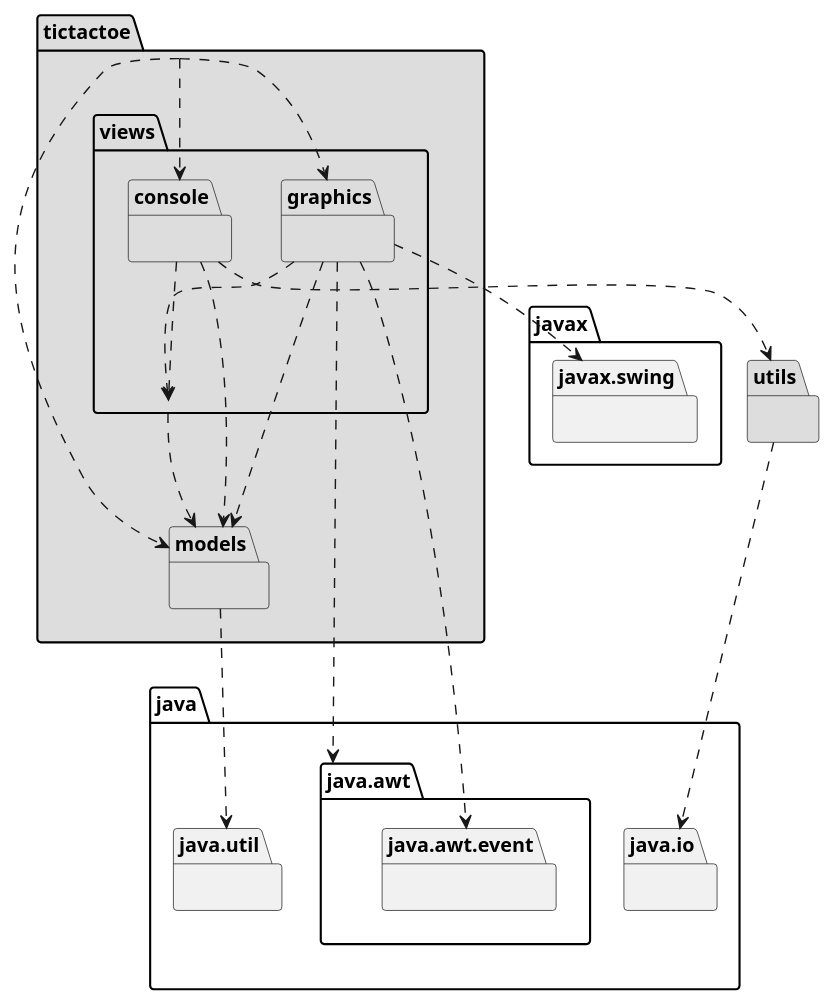
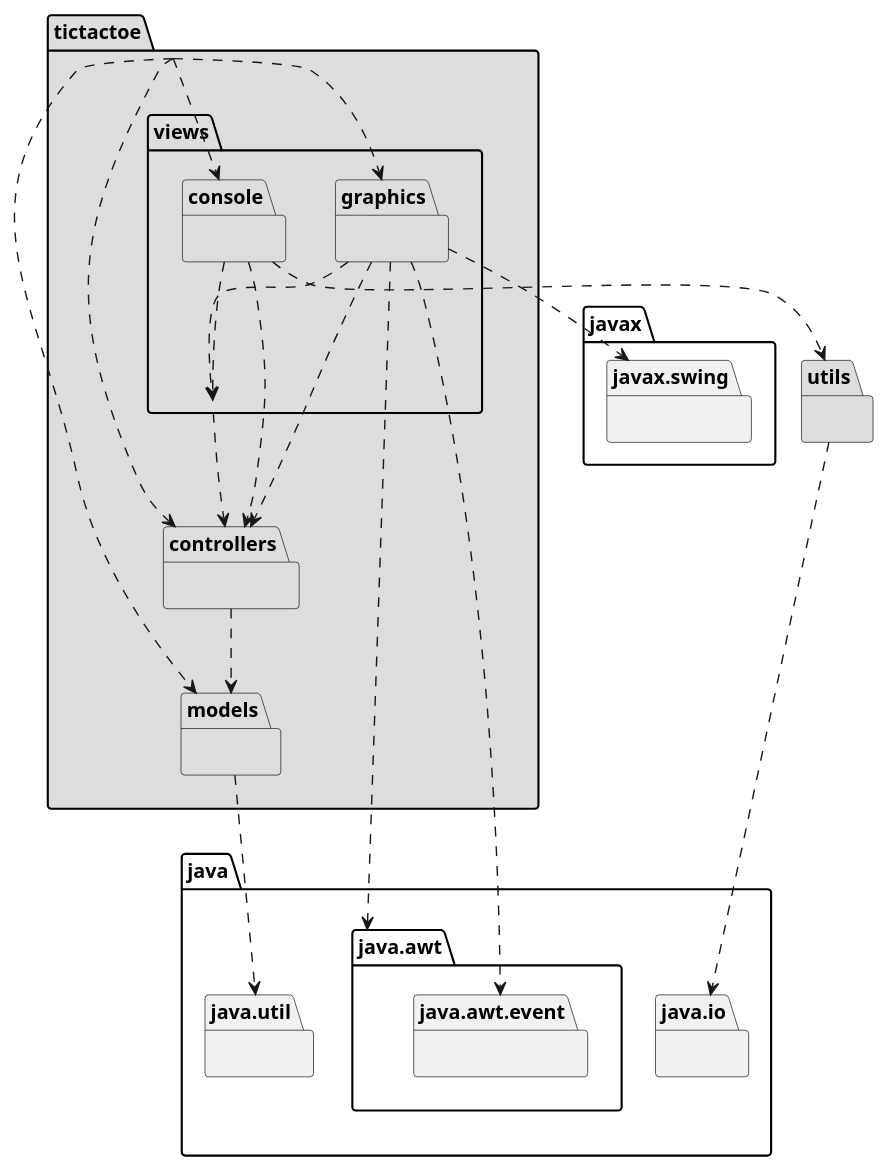
One commit to x-USantaTecla-game-ticTacToe/java changed the first of 4 diagrams in docs/src/docs/asciidoc/index.adoc. Above: the diagram before and after it, drawn with PlantUML. The commit also changed other lines of this file and 47 other files, not shown here.

```diff
--- a/docs/src/docs/asciidoc/index.adoc
+++ b/docs/src/docs/asciidoc/index.adoc
@@ -35,35 +36,39 @@
-[plantuml,arquitecturaVersion4,svg]
+[plantuml,arquitecturaVersion5,svg]
 ....
 
 package tictactoe #DDDDDD { } 
 tictactoe .down.> tictactoe.views.graphics
 tictactoe .down.> tictactoe.models
 tictactoe .down.> tictactoe.views.console
+tictactoe .down.> tictactoe.controllers
+
+package tictactoe.controllers #DDDDDD { } 
+tictactoe.controllers .down.> tictactoe.models
 
 package tictactoe.models #DDDDDD { } 
 package java.util{ }
 tictactoe.models .down.> java.util
 
 package utils #DDDDDD { } 
 package java.io{ }
 utils .down.> java.io
 
 package tictactoe.views #DDDDDD { } 
-tictactoe.views .down.> tictactoe.models
+tictactoe.views .down.> tictactoe.controllers
 
 package tictactoe.views.console #DDDDDD { } 
 tictactoe.views.console .down.> tictactoe.views
-tictactoe.views.console .down.> tictactoe.models
+tictactoe.views.console .down.> tictactoe.controllers 
 tictactoe.views.console .down.> utils
 
 package tictactoe.views.graphics #DDDDDD { } 
 package java.awt{ }
 tictactoe.views.graphics .down.> java.awt
 package java.awt.event{ }
 tictactoe.views.graphics .down.> java.awt.event
 tictactoe.views.graphics .down.> tictactoe.views
-tictactoe.views.graphics .down.> tictactoe.models
+tictactoe.views.graphics .down.> tictactoe.controllers 
 package javax.swing{ }
 tictactoe.views.graphics .down.> javax.swing
 
 ....
```
